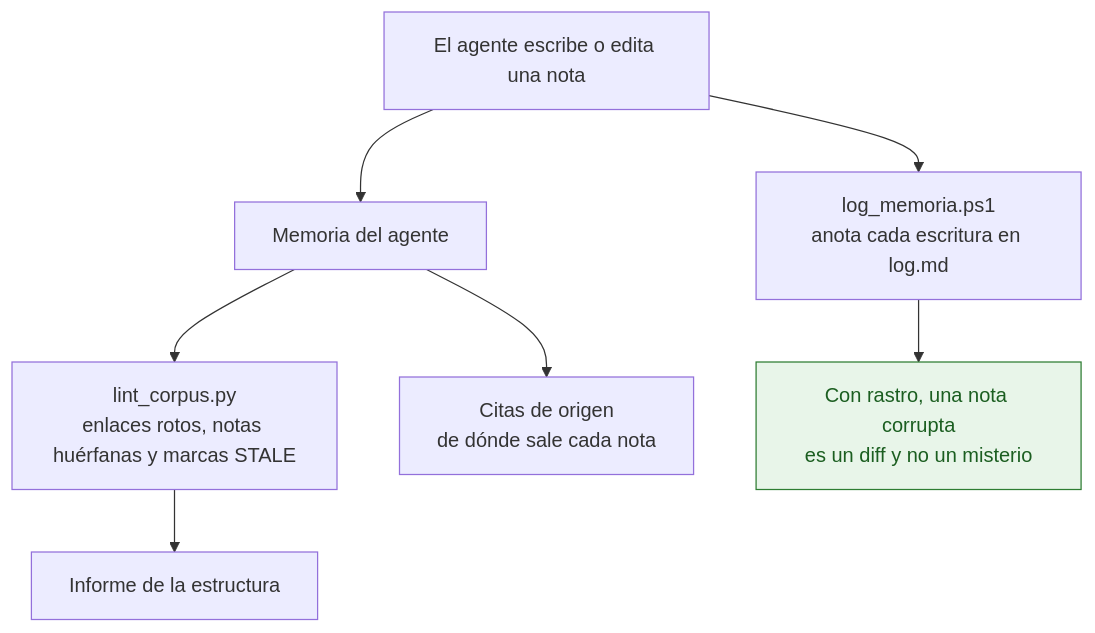
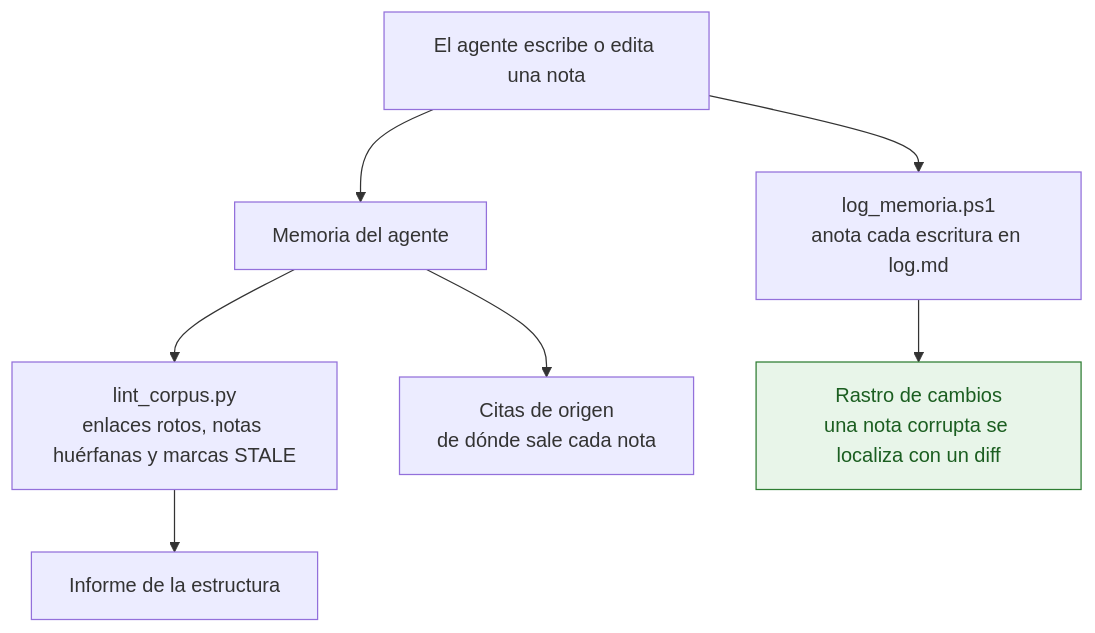
The diagram in README.md (jleonceo/agent-memory-governance), drawn with Mermaid before and after one commit. The commit also changed 1 other file, not shown here.

Commit message:
Esquema: la última caja dice lo que aporta el rastro de cambios

````diff
--- a/README.md
+++ b/README.md
@@ -37,10 +37,10 @@
 ```mermaid
 flowchart TD
     A[El agente escribe o edita una nota] --> H[log_memoria.ps1<br/>anota cada escritura en log.md]
     A --> M[Memoria del agente]
     M --> L[lint_corpus.py<br/>enlaces rotos, notas huérfanas y marcas STALE]
     M --> C[Citas de origen<br/>de dónde sale cada nota]
     L --> I[Informe de la estructura]
-    H --> D[Con rastro, una nota corrupta<br/>es un diff y no un misterio]
+    H --> D[Rastro de cambios<br/>una nota corrupta se localiza con un diff]
     style D fill:#e8f5e9,stroke:#2e7d32,color:#1b5e20
 ```
````
